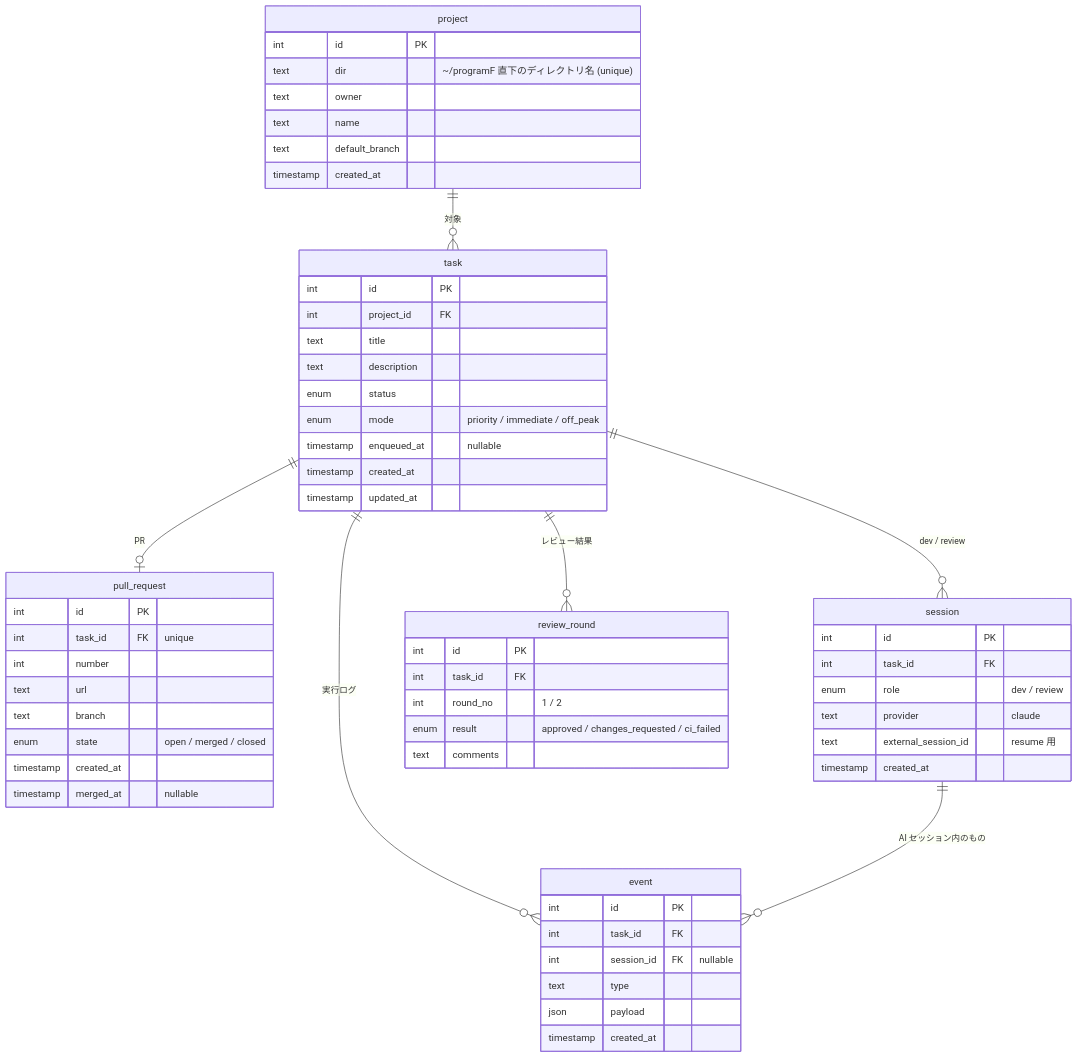
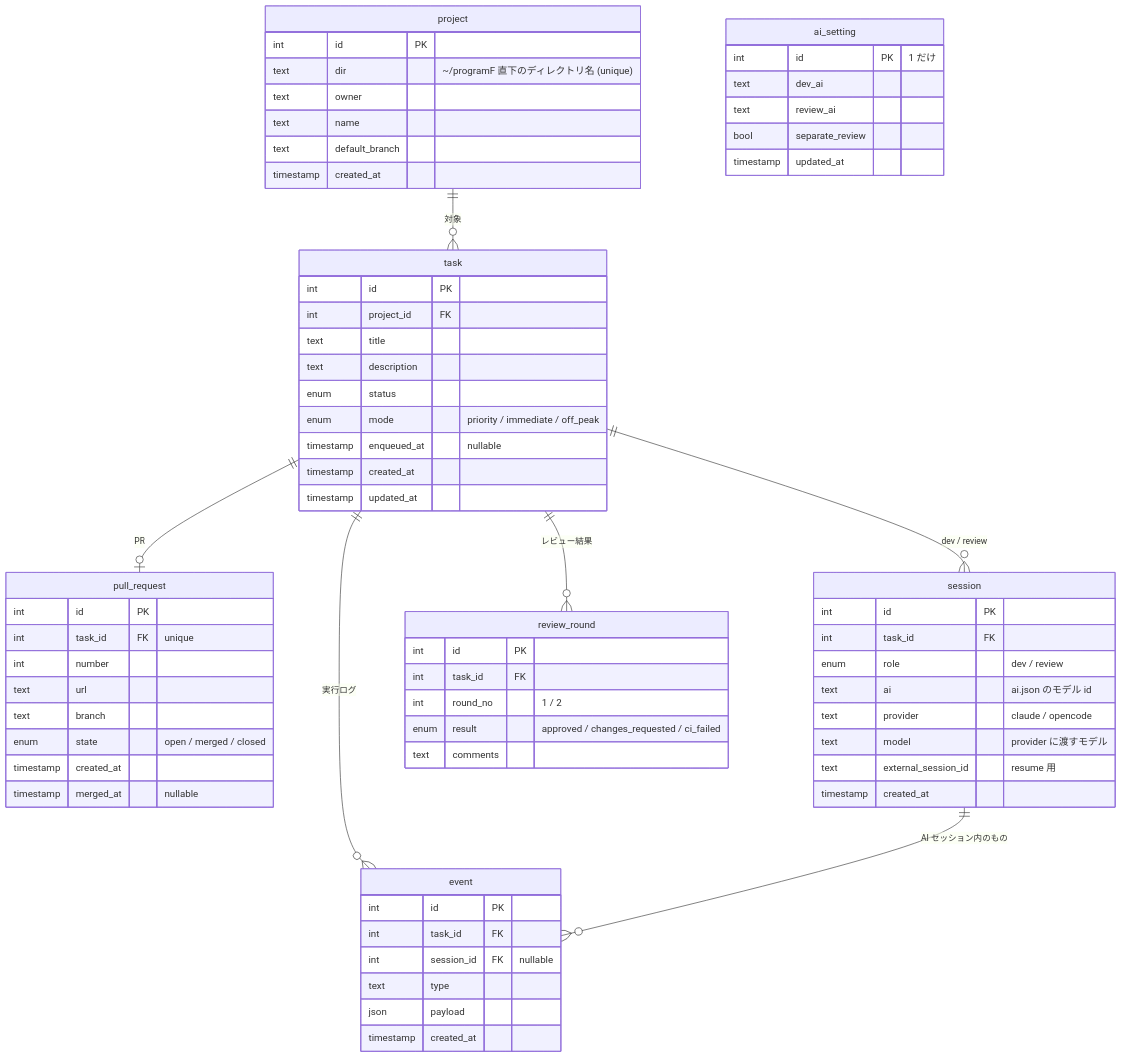
Before and after one commit to Satoru314/Kobo-13900K: the diagram in docs/design.md, drawn with Mermaid. The commit also changed other lines of this file and 38 other files, not shown here.

````diff
--- a/docs/design.md
+++ b/docs/design.md
@@ -301,62 +332,71 @@
 ```mermaid
 erDiagram
   project ||--o{ task : "対象"
   task ||--o| pull_request : "PR"
   task ||--o{ session : "dev / review"
   task ||--o{ review_round : "レビュー結果"
   task ||--o{ event : "実行ログ"
   session ||--o{ event : "AI セッション内のもの"
 
   project {
     int id PK
     text dir "~/programF 直下のディレクトリ名 (unique)"
     text owner
     text name
     text default_branch
     timestamp created_at
   }
   task {
     int id PK
     int project_id FK
     text title
     text description
     enum status
     enum mode "priority / immediate / off_peak"
     timestamp enqueued_at "nullable"
     timestamp created_at
     timestamp updated_at
   }
   pull_request {
     int id PK
     int task_id FK "unique"
     int number
     text url
     text branch
     enum state "open / merged / closed"
     timestamp created_at
     timestamp merged_at "nullable"
   }
   session {
     int id PK
     int task_id FK
     enum role "dev / review"
-    text provider "claude"
+    text ai "ai.json のモデル id"
+    text provider "claude / opencode"
+    text model "provider に渡すモデル"
     text external_session_id "resume 用"
     timestamp created_at
+  }
+  ai_setting {
+    int id PK "1 だけ"
+    text dev_ai
+    text review_ai
+    bool separate_review
+    timestamp updated_at
   }
   review_round {
     int id PK
     int task_id FK
     int round_no "1 / 2"
     enum result "approved / changes_requested / ci_failed"
     text comments
   }
   event {
     int id PK
     int task_id FK
     int session_id FK "nullable"
     text type
     json payload
     timestamp created_at
   }
 ```
````
